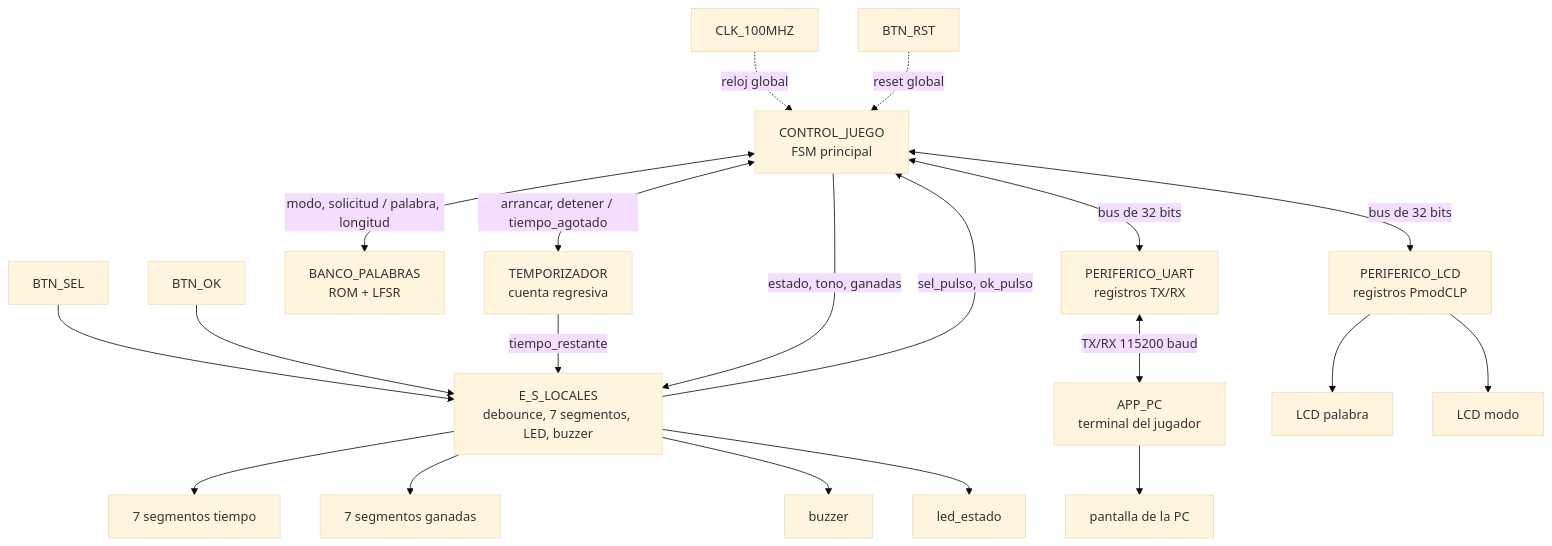
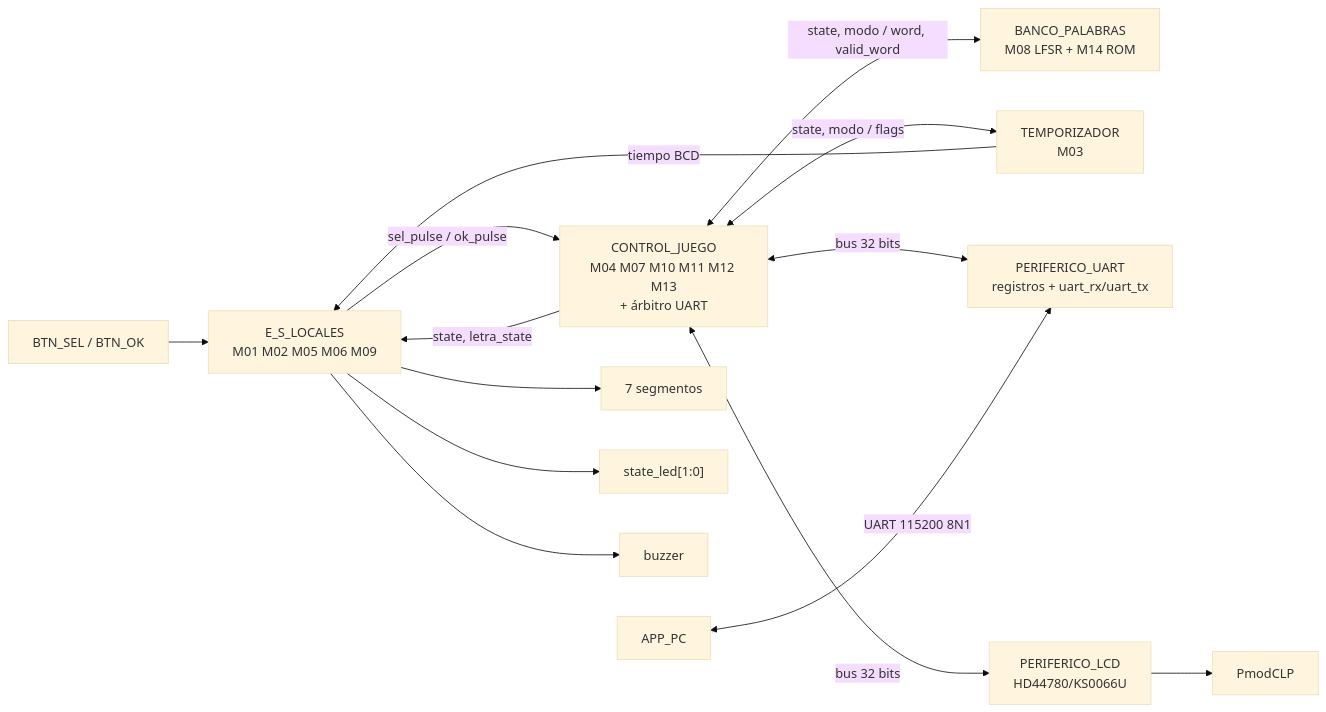
Before and after one commit to Taller-de-diseno-digital-GR01/Proyecto-2-Ahorcado: the diagram in docs/diseño/diagramas/nivel02.md, drawn with Mermaid (base theme). The commit also changed other lines of this file and 3 other files, not shown here.

Commit message:
Actualizados los archivos en la carpeta docs/diseño/diagramas para que correspondan a la lógica y arquitectura actuales

````diff
--- a/docs/diseño/diagramas/nivel02.md
+++ b/docs/diseño/diagramas/nivel02.md
@@ -5,31 +5,20 @@
 ```mermaid
-flowchart TD
-    CLK_100MHZ[CLK_100MHZ] -.reloj global.-> CJ
-    BTN_RST[BTN_RST] -.reset global.-> CJ
+flowchart LR
+    BTN["BTN_SEL / BTN_OK"] --> IO["E_S_LOCALES<br/>M01 M02 M05 M06 M09"]
+    IO -->|"sel_pulse / ok_pulse"| CTRL["CONTROL_JUEGO<br/>M04 M07 M10 M11 M12 M13<br/>+ árbitro UART"]
 
-    BTN_SEL[BTN_SEL] --> ESL
-    BTN_OK[BTN_OK] --> ESL
+    CTRL <-->|"state, modo / word, valid_word"| BANK["BANCO_PALABRAS<br/>M08 LFSR + M14 ROM"]
+    CTRL <-->|"state, modo / flags"| TIMER["TEMPORIZADOR<br/>M03"]
+    TIMER -->|"tiempo BCD"| IO
+    CTRL -->|"state, letra_state"| IO
 
-    ESL["E_S_LOCALES<br/>debounce, 7 segmentos, LED, buzzer"]
-    ESL -->|sel_pulso, ok_pulso| CJ
+    CTRL <-->|"bus 32 bits"| PUART["PERIFERICO_UART<br/>registros + uart_rx/uart_tx"]
+    CTRL <-->|"bus 32 bits"| PLCD["PERIFERICO_LCD<br/>HD44780/KS0066U"]
 
-    CJ["CONTROL_JUEGO<br/>FSM principal"]
+    PC["APP_PC"] <-->|"UART 115200 8N1"| PUART
 
-    CJ <-->|modo, solicitud / palabra, longitud| BP["BANCO_PALABRAS<br/>ROM + LFSR"]
-    CJ <-->|arrancar, detener / tiempo_agotado| TMP["TEMPORIZADOR<br/>cuenta regresiva"]
-    TMP -->|tiempo_restante| ESL
-    CJ -->|estado, tono, ganadas| ESL
-
-    CJ <-->|bus de 32 bits| PLCD["PERIFERICO_LCD<br/>registros PmodCLP"]
-    CJ <-->|bus de 32 bits| PUART["PERIFERICO_UART<br/>registros TX/RX"]
-
-    PUART <-->|TX/RX 115200 baud| PC["APP_PC<br/>terminal del jugador"]
-
-    PLCD --> lcd_palabra["LCD palabra"]
-    PLCD --> lcd_modo["LCD modo"]
-    ESL --> t7seg["7 segmentos tiempo"]
-    ESL --> g7seg["7 segmentos ganadas"]
-    ESL --> buzzer[buzzer]
-    ESL --> led[led_estado]
-    PC --> pantalla["pantalla de la PC"]
+    PLCD --> LCD["PmodCLP"]
+    IO --> DISP["7 segmentos"]
+    IO --> LED["state_led[1:0]"]
+    IO --> BUZ["buzzer"]
 ```
````
